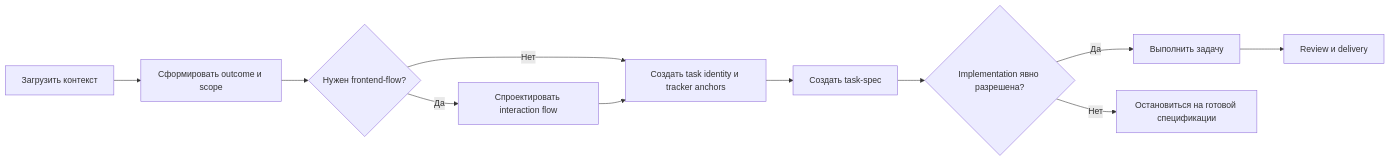
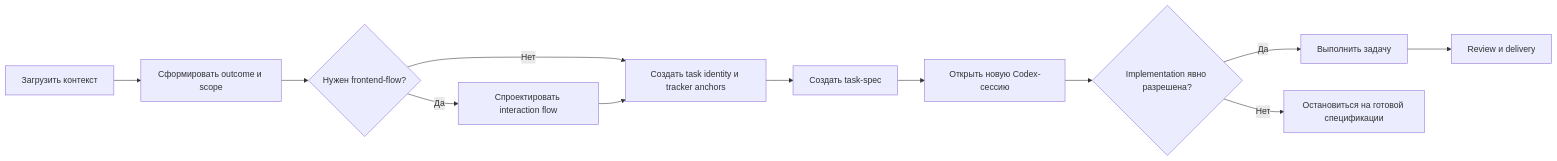
Before and after one commit to rubyhat/marshall-ai-agent: the diagram in README.md, drawn with Mermaid. The commit also changed other lines of this file and 14 other files, not shown here.

````diff
--- a/README.md
+++ b/README.md
@@ -71,13 +71,14 @@
 ```mermaid
 flowchart LR
     A["Загрузить контекст"] --> B["Сформировать outcome и scope"]
     B --> C{"Нужен frontend-flow?"}
     C -- "Да" --> D["Спроектировать interaction flow"]
     C -- "Нет" --> E["Создать task identity и tracker anchors"]
     D --> E
     E --> F["Создать task-spec"]
-    F --> G{"Implementation явно разрешена?"}
+    F --> S["Открыть новую Codex-сессию"]
+    S --> G{"Implementation явно разрешена?"}
     G -- "Да" --> H["Выполнить задачу"]
     G -- "Нет" --> I["Остановиться на готовой спецификации"]
     H --> J["Review и delivery"]
 ```
````
